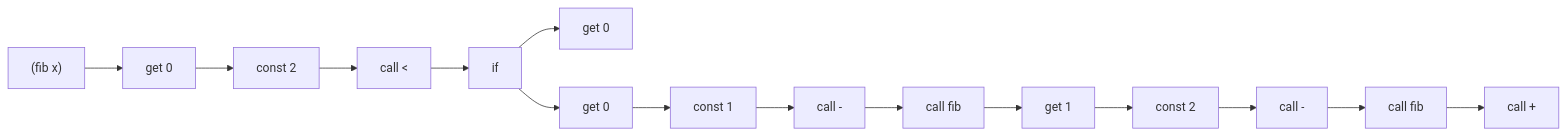
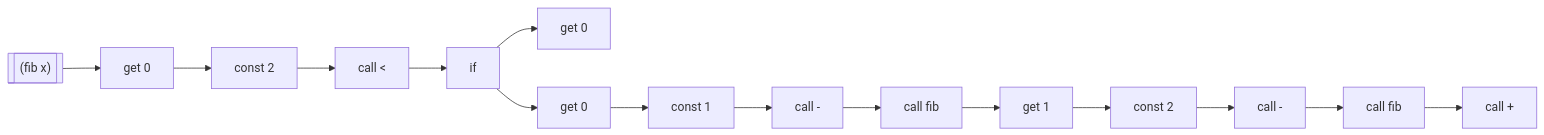
The diagram in slides/papers/stak-scheme/fibonacci.mmd (raviqqe/doc), drawn with Mermaid before and after one commit.

```diff
--- a/slides/papers/stak-scheme/fibonacci.mmd
+++ b/slides/papers/stak-scheme/fibonacci.mmd
@@ -1,6 +1,6 @@
 flowchart LR
-  f0["(fib x)"] --> c0
+  f0[["(fib x)"]] --> c0
   c0[get 0] --> c1[const 2] --> c2[call <] --> c4
   c4[if] -->  c5[get 0]
   c4 -->  c6[get 0] --> c7[const 1] --> c8[call -] --> c9[call fib] --> c10
   c10[get 1] --> c11[const 2] --> c12[call -] --> c13[call fib] --> c14[call +]
```
